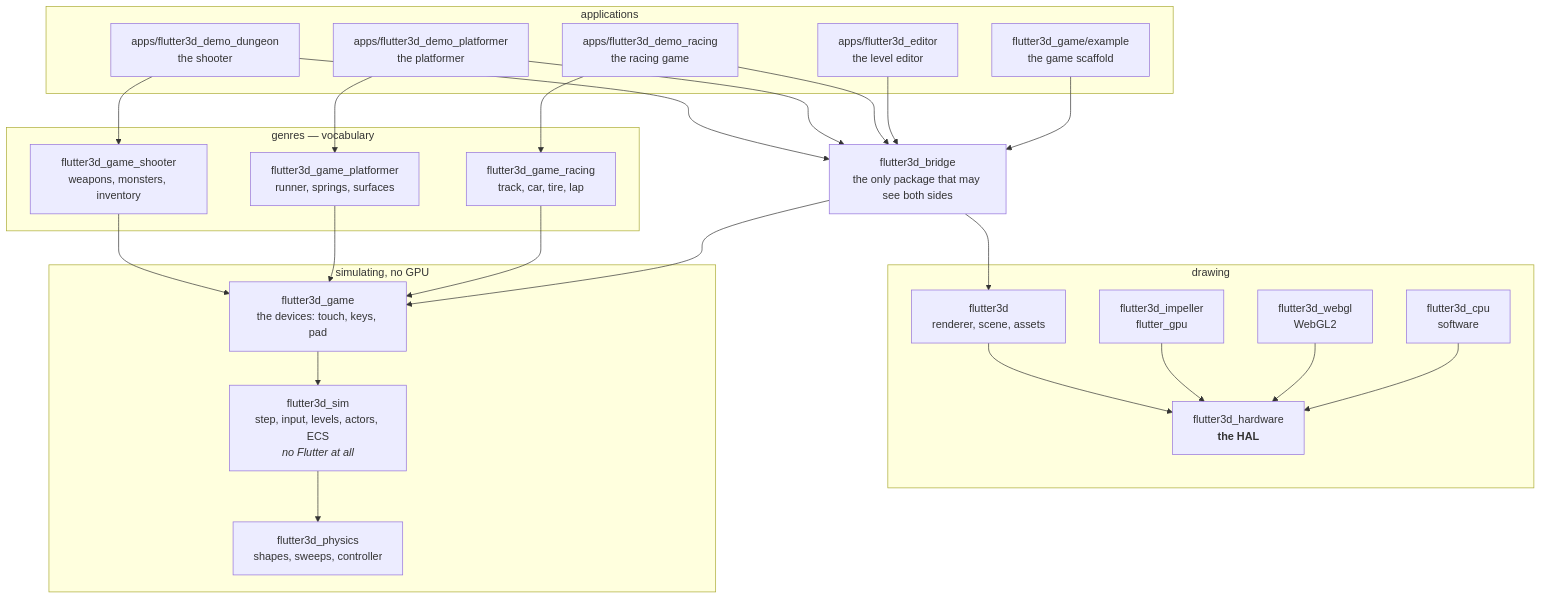
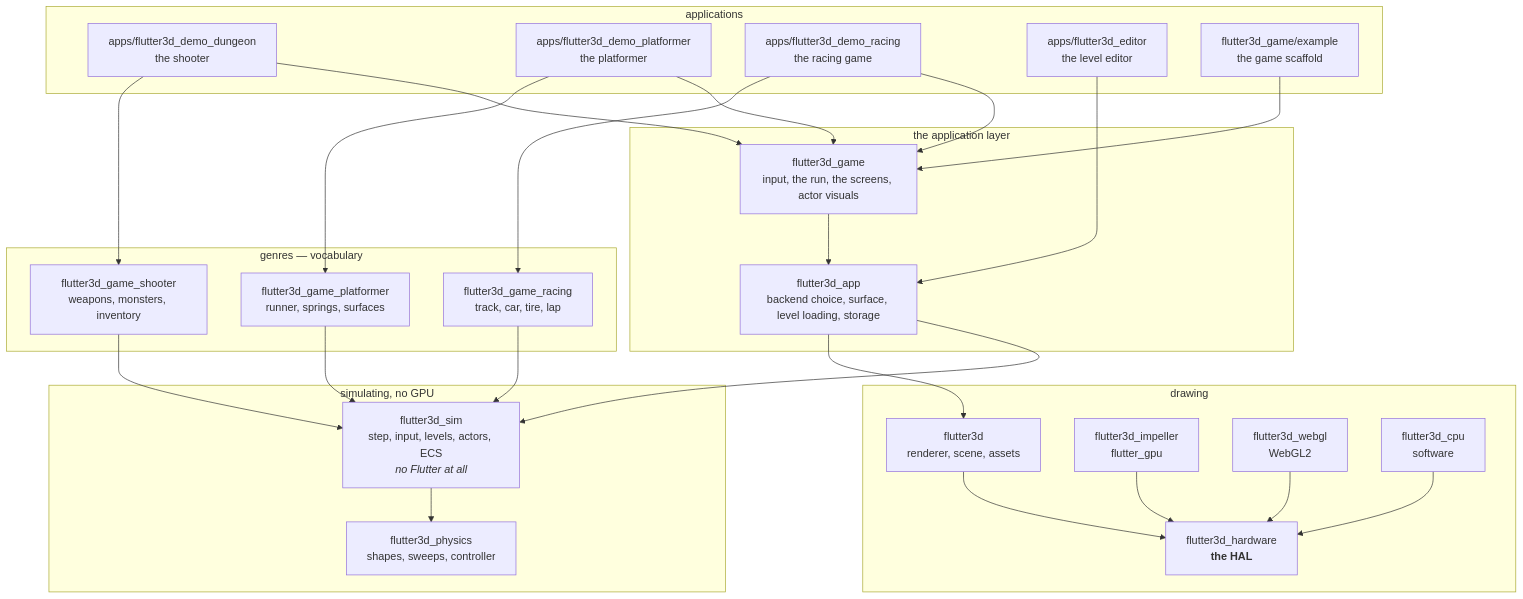
One commit to pleiondev/flutter3d changed the diagram in site/content/index.md. Above: the diagram before and after it, drawn with Mermaid. The commit also changed other lines of this file and 344 other files, not shown here.

First line of the commit message:
Split flutter3d_session and flutter3d_bridge between flutter3d_app and flutter3d_game.

````diff
--- a/site/content/index.md
+++ b/site/content/index.md
@@ -76,48 +76,50 @@
 ```mermaid
 flowchart TB
   subgraph app["applications"]
     dungeon["apps/flutter3d_demo_dungeon<br>the shooter"]
     platformer["apps/flutter3d_demo_platformer<br>the platformer"]
     racing["apps/flutter3d_demo_racing<br>the racing game"]
     editor["apps/flutter3d_editor<br>the level editor"]
     gameSeed["flutter3d_game/example<br>the game scaffold"]
   end
 
   subgraph genre["genres — vocabulary"]
     shooter["flutter3d_game_shooter<br>weapons, monsters, inventory"]
     plat["flutter3d_game_platformer<br>runner, springs, surfaces"]
     race["flutter3d_game_racing<br>track, car, tire, lap"]
   end
 
-  bridge["flutter3d_bridge<br>the only package that may see both sides"]
+  subgraph layer["the application layer"]
+    appLayer["flutter3d_app<br>backend choice, surface, level loading, storage"]
+    game["flutter3d_game<br>input, the run, the screens, actor visuals"]
+  end
 
   subgraph draw["drawing"]
     f3d["flutter3d<br>renderer, scene, assets"]
     gfx["flutter3d_hardware<br><b>the HAL</b>"]
     impeller["flutter3d_impeller<br>flutter_gpu"]
     webgl["flutter3d_webgl<br>WebGL2"]
     cpu["flutter3d_cpu<br>software"]
   end
 
   subgraph sim["simulating, no GPU"]
-    game["flutter3d_game<br>the devices: touch, keys, pad"]
     simp["flutter3d_sim<br>step, input, levels, actors, ECS<br><i>no Flutter at all</i>"]
     physics["flutter3d_physics<br>shapes, sweeps, controller"]
   end
 
-  dungeon --> shooter & bridge
-  platformer --> plat & bridge
-  racing --> race & bridge
-  editor --> bridge
-  gameSeed --> bridge
-  shooter --> game
-  plat --> game
-  race --> game
-  bridge --> f3d & game
+  dungeon --> shooter & game
+  platformer --> plat & game
+  racing --> race & game
+  editor --> appLayer
+  gameSeed --> game
+  shooter --> simp
+  plat --> simp
+  race --> simp
+  game --> appLayer
+  appLayer --> f3d & simp
   f3d --> gfx
   impeller --> gfx
   webgl --> gfx
   cpu --> gfx
-  game --> simp
   simp --> physics
 ```
````
